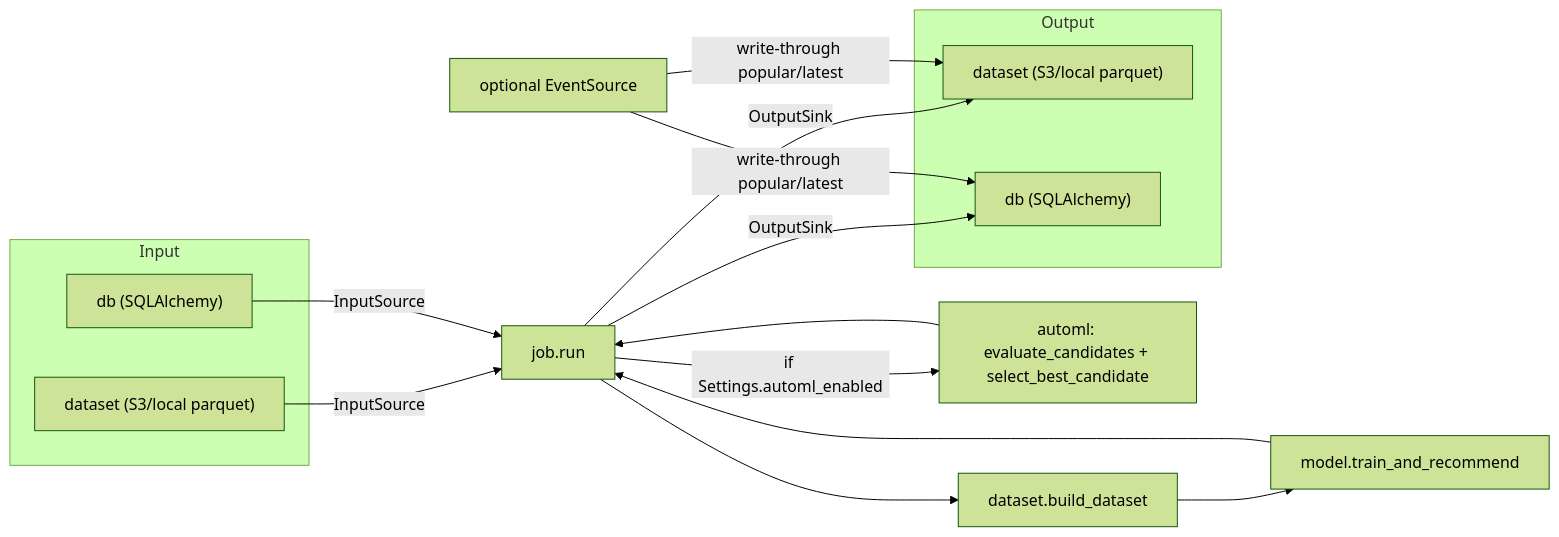
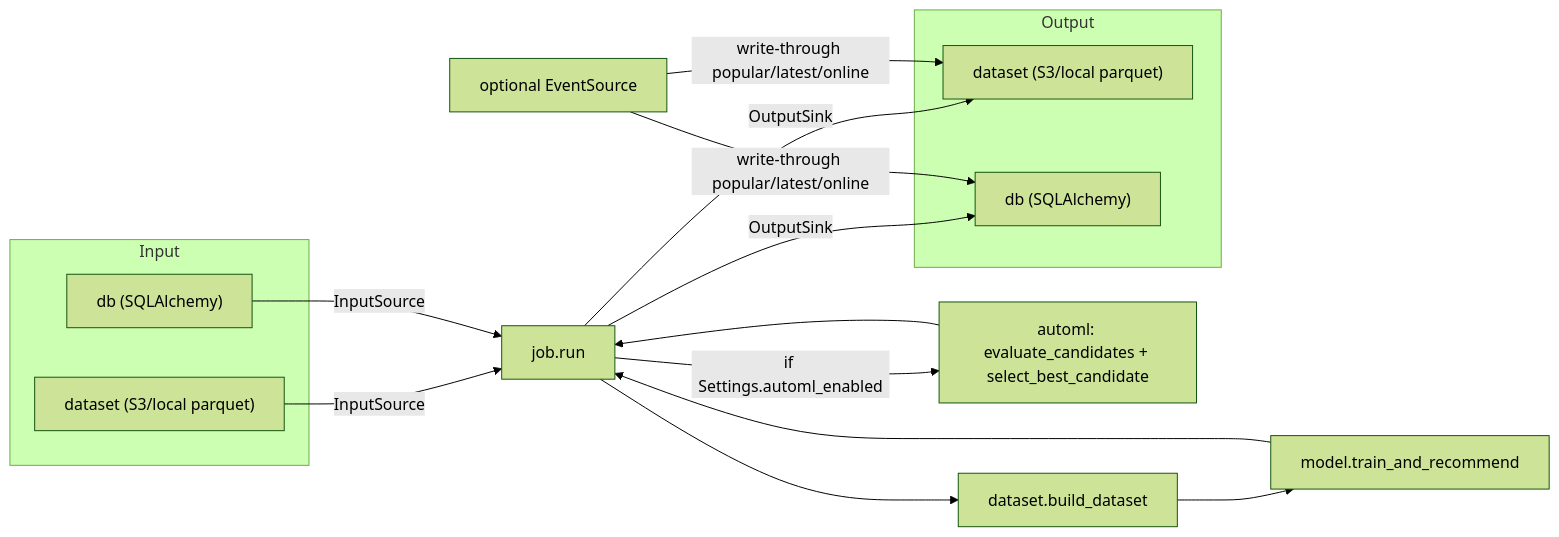
The diagram in docs/architecture.md (torbido-hq/cicerone), drawn with Mermaid (forest theme) before and after one commit. The commit also changed other lines of this file and 27 other files, not shown here.

````diff
--- a/docs/architecture.md
+++ b/docs/architecture.md
@@ -113,22 +114,22 @@
 ```mermaid
 flowchart LR
     subgraph Input
         S3["dataset (S3/local parquet)"]
         DB1["db (SQLAlchemy)"]
     end
     S3 -->|InputSource| J[job.run]
     DB1 -->|InputSource| J
     J -->|if Settings.automl_enabled| A[automl: evaluate_candidates + select_best_candidate]
     A --> J
     J --> D[dataset.build_dataset]
     D --> M[model.train_and_recommend]
     M --> J
     subgraph Output
         S3O["dataset (S3/local parquet)"]
         DB2["db (SQLAlchemy)"]
     end
     J -->|OutputSink| S3O
     J -->|OutputSink| DB2
-    Ev["optional EventSource"] -->|"write-through popular/latest"| S3O
-    Ev -->|"write-through popular/latest"| DB2
+    Ev["optional EventSource"] -->|"write-through popular/latest/online"| S3O
+    Ev -->|"write-through popular/latest/online"| DB2
 ```
````
